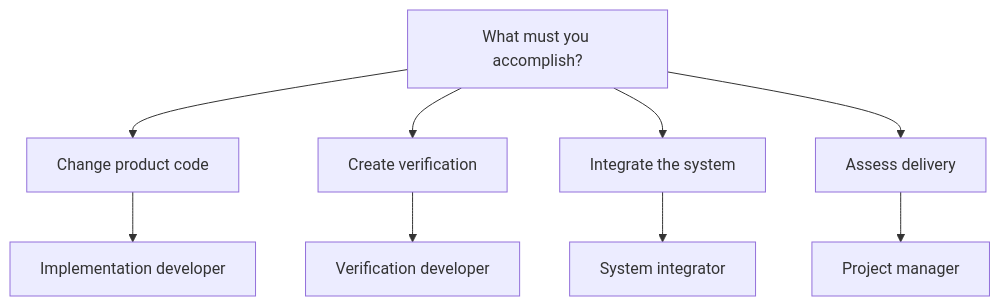
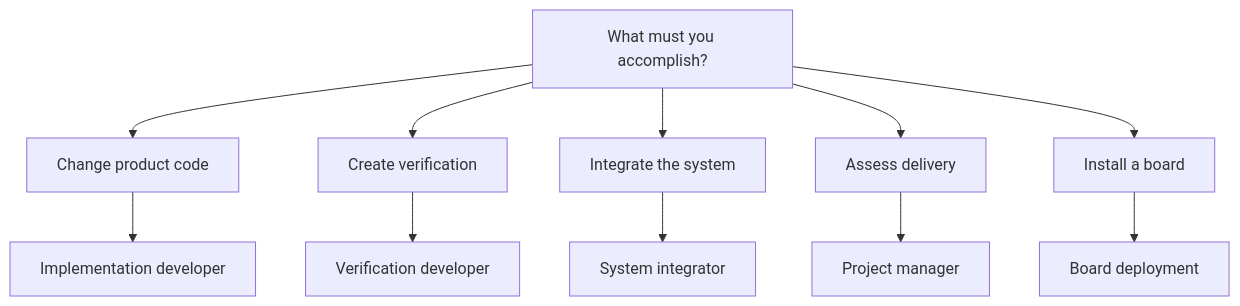
One commit to kebag-logic/milan-fpga changed the diagram in docs/guides/README.md. Above: the diagram before and after it, drawn with Mermaid. The commit also changed other lines of this file and 4 other files, not shown here.

Commit message:
Add the board deployment guide and install the pinned LiteX in README and QUICKSTART

````diff
--- a/docs/guides/README.md
+++ b/docs/guides/README.md
@@ -9,12 +9,14 @@
 ```mermaid
 flowchart TD
     START[What must you accomplish?]
     START --> CODE[Change product code]
     START --> TEST[Create verification]
     START --> JOIN[Integrate the system]
     START --> PLAN[Assess delivery]
+    START --> SHIP[Install a board]
     CODE --> DEV[Implementation developer]
     TEST --> VER[Verification developer]
     JOIN --> INT[System integrator]
     PLAN --> MGR[Project manager]
+    SHIP --> DEP[Board deployment]
 ```
````
